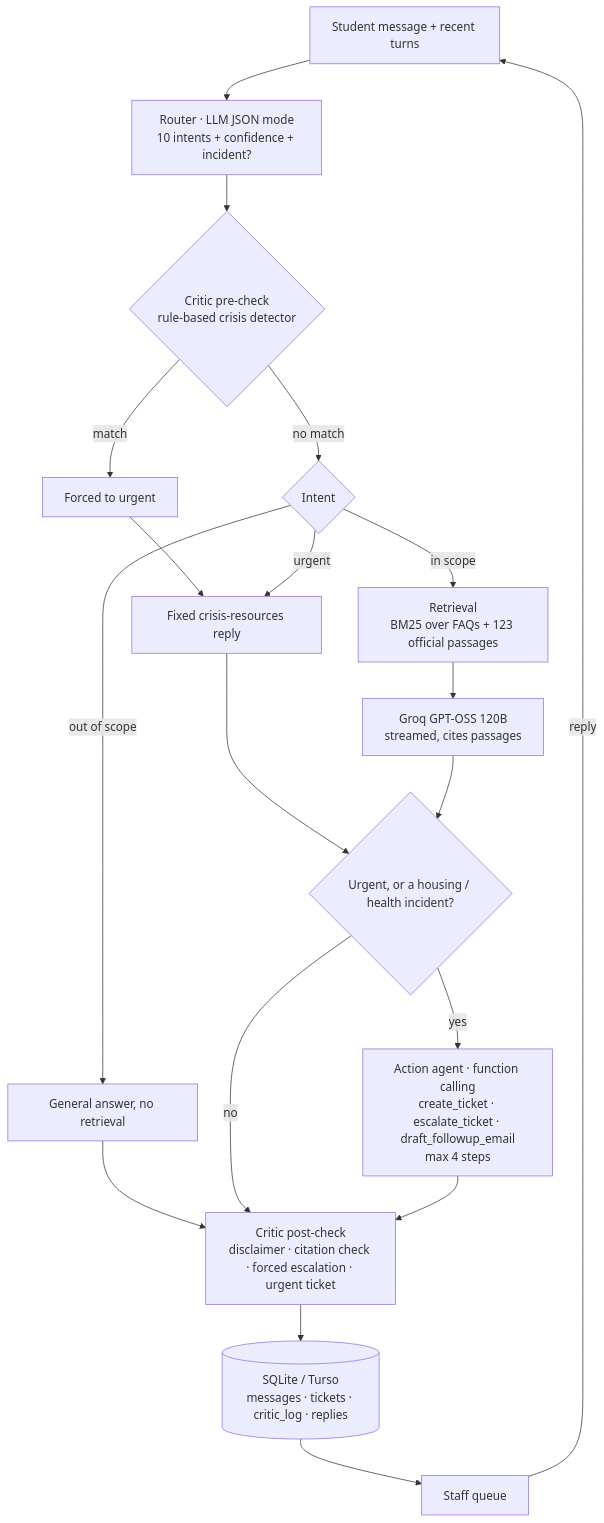
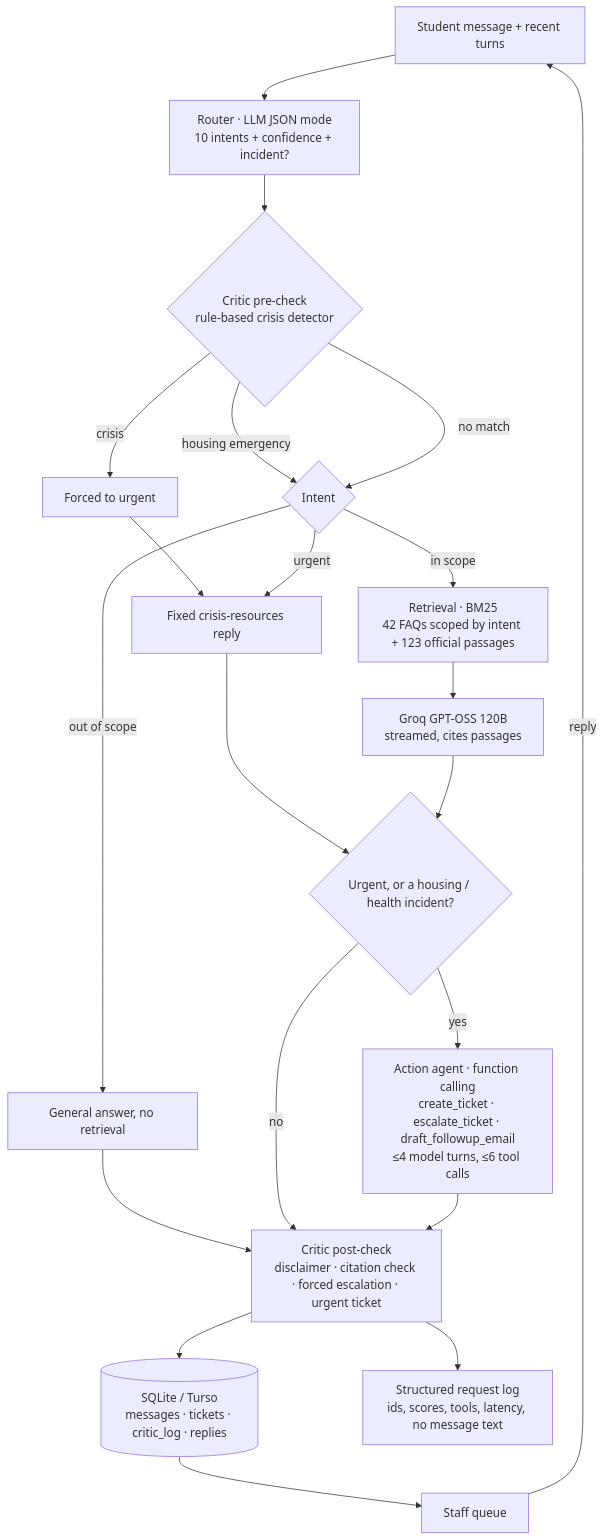
One commit to Jivesh2816/OCC-CHATBOT changed the diagram in README.md. Above: the diagram before and after it, drawn with Mermaid. The commit also changed other lines of this file and 42 other files, not shown here.

````diff
--- a/README.md
+++ b/README.md
@@ -32,19 +23,21 @@
 ```mermaid
 flowchart TD
     U[Student message + recent turns] --> R[Router · LLM JSON mode<br/>10 intents + confidence + incident?]
     R --> P{Critic pre-check<br/>rule-based crisis detector}
-    P -->|match| X[Forced to urgent]
+    P -->|crisis| X[Forced to urgent]
+    P -->|housing emergency| I
     P -->|no match| I{Intent}
     X --> E[Fixed crisis-resources reply]
     I -->|urgent| E
     I -->|out of scope| G1[General answer, no retrieval]
-    I -->|in scope| RT[Retrieval<br/>BM25 over FAQs + 123 official passages]
+    I -->|in scope| RT[Retrieval · BM25<br/>42 FAQs scoped by intent + 123 official passages]
     RT --> G2[Groq GPT-OSS 120B<br/>streamed, cites passages]
     E & G2 --> A{Urgent, or a housing / health incident?}
     G1 --> C
-    A -->|yes| AG[Action agent · function calling<br/>create_ticket · escalate_ticket · draft_followup_email<br/>max 4 steps]
+    A -->|yes| AG[Action agent · function calling<br/>create_ticket · escalate_ticket · draft_followup_email<br/>≤4 model turns, ≤6 tool calls]
     A -->|no| C
     AG --> C[Critic post-check<br/>disclaimer · citation check · forced escalation · urgent ticket]
     C --> DB[(SQLite / Turso<br/>messages · tickets · critic_log · replies)]
+    C --> L[Structured request log<br/>ids, scores, tools, latency, no message text]
     DB --> S[Staff queue] -->|reply| U
 ```
````
